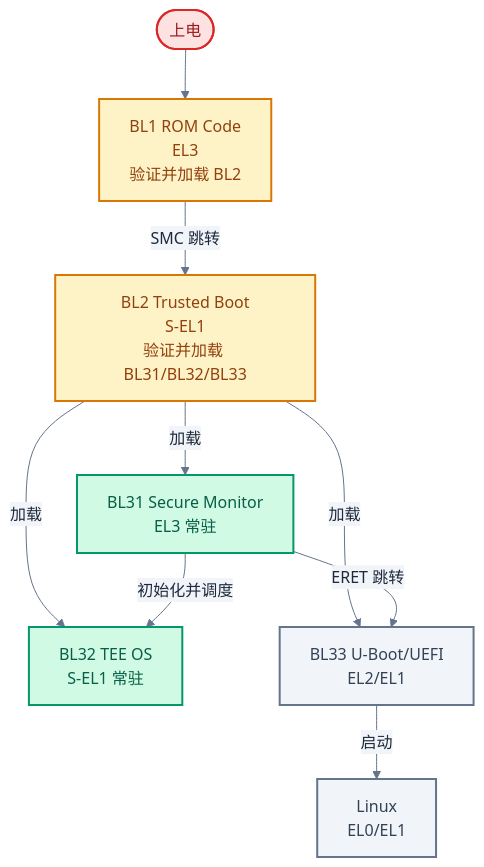
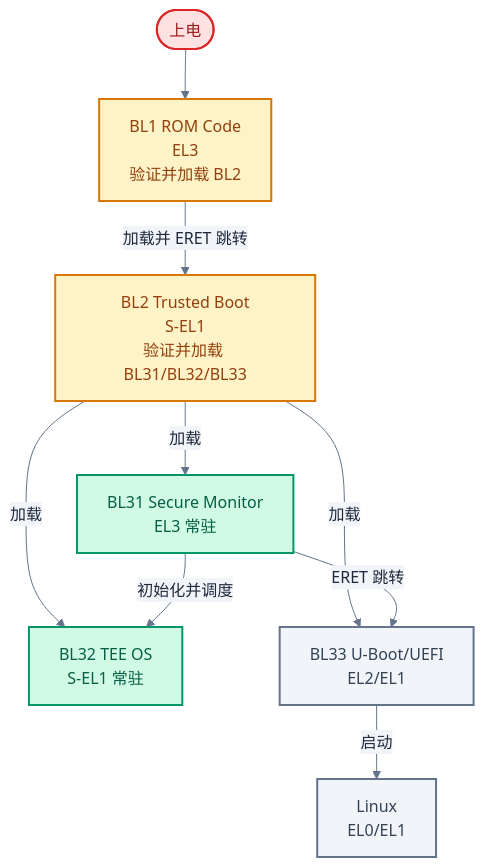
One commit to swjtuer326/cs-learning-notes changed the first of 4 diagrams in trusted-firmware/03-arm-tbbr-and-boot-chain.md. Above: the diagram before and after it, drawn with Mermaid. The commit also changed other lines of this file and 14 other files, not shown here.

First line of the commit message:
docs(trusted-firmware): 审订 TF-A/TEE/Secure Boot 笔记,补充图片、审计报告与 HTML 站点

````diff
--- a/trusted-firmware/03-arm-tbbr-and-boot-chain.md
+++ b/trusted-firmware/03-arm-tbbr-and-boot-chain.md
@@ -72,21 +73,21 @@
 ```mermaid
 %%{init: {"theme": "base", "themeVariables": {"primaryColor": "#f8fafc", "primaryTextColor": "#1e293b", "primaryBorderColor": "#475569", "lineColor": "#64748b", "secondaryColor": "#f1f5f9", "secondaryBorderColor": "#94a3b8", "tertiaryColor": "#f8fafc", "fontFamily": "\"trebuchet ms\", verdana, arial, sans-serif"}}}%%
 flowchart TD
     PowerOn([上电]) --> BL1[BL1 ROM Code<br/>EL3<br/>验证并加载 BL2]
-    BL1 -->|SMC 跳转| BL2[BL2 Trusted Boot<br/>S-EL1<br/>验证并加载 BL31/BL32/BL33]
+    BL1 -->|加载并 ERET 跳转| BL2[BL2 Trusted Boot<br/>S-EL1<br/>验证并加载 BL31/BL32/BL33]
     BL2 -->|加载| BL31[BL31 Secure Monitor<br/>EL3 常驻]
     BL2 -->|加载| BL32[BL32 TEE OS<br/>S-EL1 常驻]
     BL2 -->|加载| BL33[BL33 U-Boot/UEFI<br/>EL2/EL1]
     BL31 -->|初始化并调度| BL32
     BL31 -->|ERET 跳转| BL33
     BL33 -->|启动| Linux[Linux<br/>EL0/EL1]
 
     classDef power fill:#fee2e2,stroke:#dc2626,color:#991b1b,stroke-width:2px
     classDef boot fill:#fef3c7,stroke:#d97706,color:#92400e,stroke-width:2px
     classDef runtime fill:#d1fae5,stroke:#059669,color:#065f46,stroke-width:2px
     classDef normal fill:#f1f5f9,stroke:#64748b,color:#334155,stroke-width:2px
     class PowerOn power
     class BL1,BL2 boot
     class BL31,BL32 runtime
     class BL33,Linux normal
 ```
````
